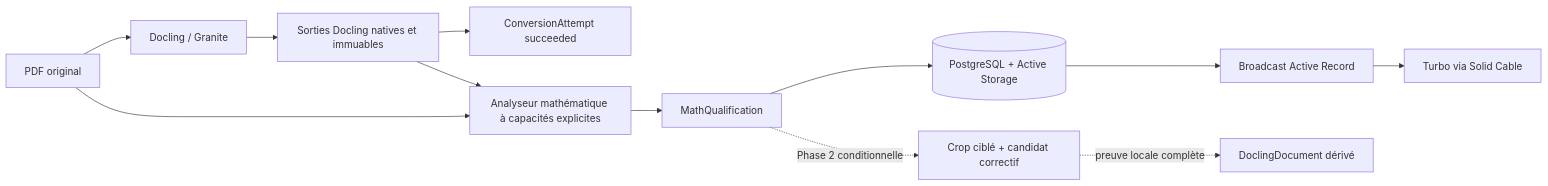
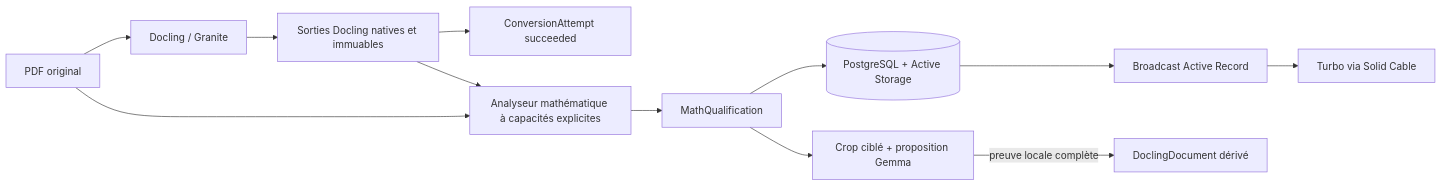
Before and after one commit to toba75/chatbot_trading: the diagram in docs/plans/002-qualification-mathematique-pdf.md, drawn with Mermaid. The commit also changed other lines of this file and 217 other files, not shown here.

````diff
--- a/docs/plans/002-qualification-mathematique-pdf.md
+++ b/docs/plans/002-qualification-mathematique-pdf.md
@@ -138,15 +139,15 @@
 ```mermaid
 flowchart LR
     U["PDF original"] --> D["Docling / Granite"]
     D --> R["Sorties Docling natives et immuables"]
     R --> C["ConversionAttempt succeeded"]
     U --> A["Analyseur mathématique à capacités explicites"]
     R --> A
     A --> Q["MathQualification"]
     Q --> P[("PostgreSQL + Active Storage")]
     P --> T["Broadcast Active Record"]
     T --> W["Turbo via Solid Cable"]
 
-    Q -. "Phase 2 conditionnelle" .-> G["Crop ciblé + candidat correctif"]
-    G -. "preuve locale complète" .-> V["DoclingDocument dérivé"]
+    Q --> G["Crop ciblé + proposition Gemma"]
+    G -->|"preuve locale complète"| V["DoclingDocument dérivé"]
 ```
````
